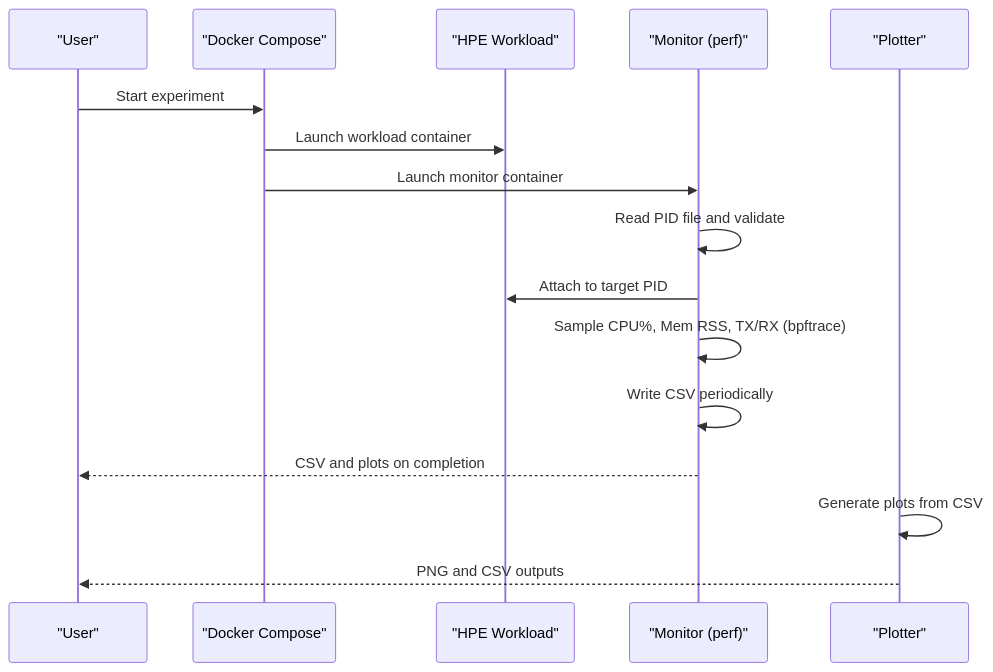
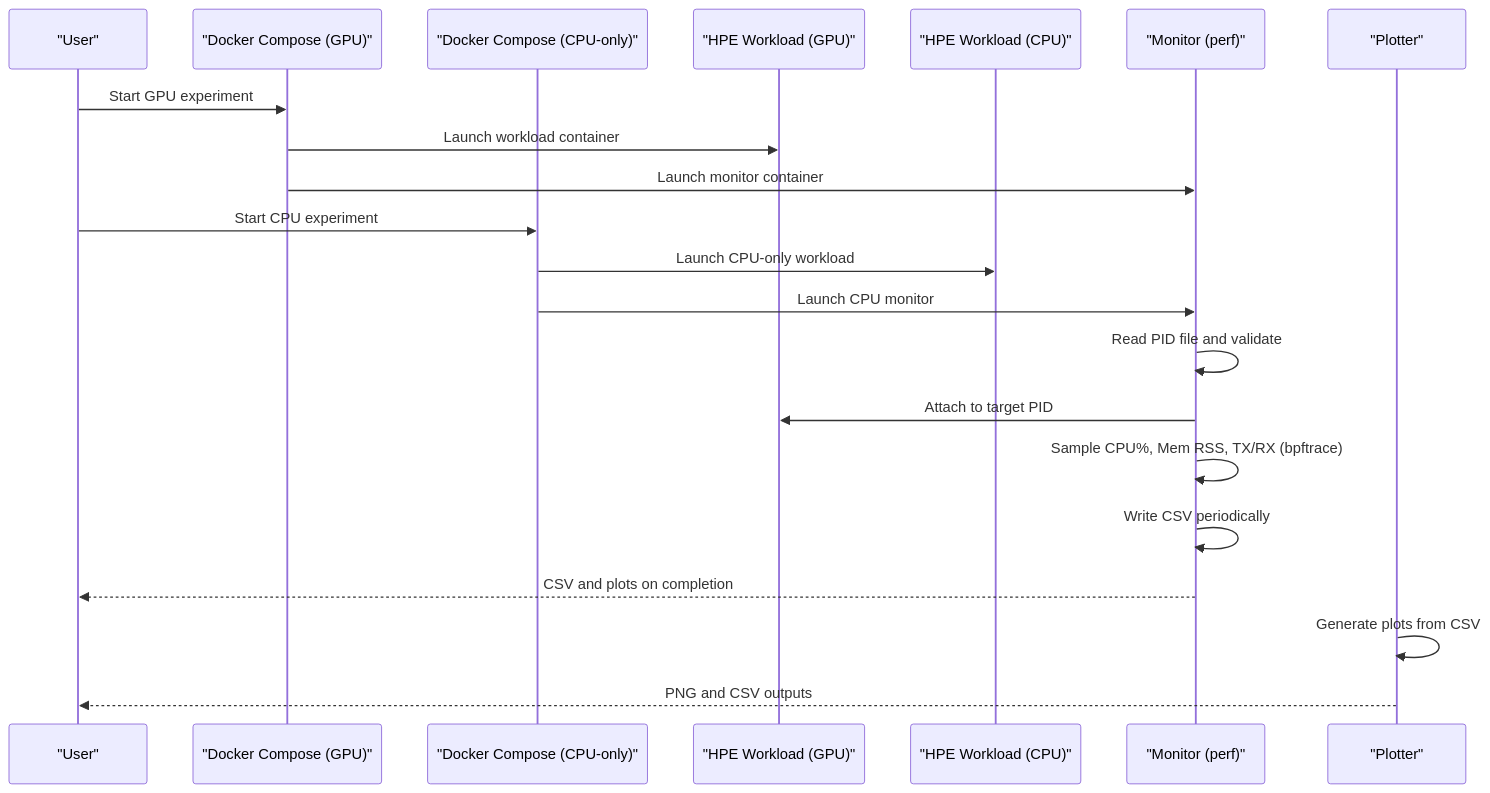
The second of 8 diagrams in .qoder/repowiki/en/content/Integration Components/CPU Performance Analysis Tools.md (Fogus-Gr/MeasurementsDTs), drawn with Mermaid before and after one commit. The commit also changed other lines of this file and 5 other files, not shown here.

````diff
--- a/.qoder/repowiki/en/content/Integration Components/CPU Performance Analysis Tools.md
+++ b/.qoder/repowiki/en/content/Integration Components/CPU Performance Analysis Tools.md
@@ -132,18 +173,23 @@
 ```mermaid
 sequenceDiagram
 participant User as "User"
-participant DC as "Docker Compose"
-participant HPE as "HPE Workload"
+participant DC_GPU as "Docker Compose (GPU)"
+participant DC_CPU as "Docker Compose (CPU-only)"
+participant HPE_GPU as "HPE Workload (GPU)"
+participant HPE_CPU as "HPE Workload (CPU)"
 participant Mon as "Monitor (perf)"
 participant Plot as "Plotter"
-User->>DC : Start experiment
-DC->>HPE : Launch workload container
-DC->>Mon : Launch monitor container
+User->>DC_GPU : Start GPU experiment
+DC_GPU->>HPE_GPU : Launch workload container
+DC_GPU->>Mon : Launch monitor container
+User->>DC_CPU : Start CPU experiment
+DC_CPU->>HPE_CPU : Launch CPU-only workload
+DC_CPU->>Mon : Launch CPU monitor
 Mon->>Mon : Read PID file and validate
-Mon->>HPE : Attach to target PID
+Mon->>HPE_GPU : Attach to target PID
 Mon->>Mon : Sample CPU%, Mem RSS, TX/RX (bpftrace)
 Mon->>Mon : Write CSV periodically
 Mon-->>User : CSV and plots on completion
 Plot->>Plot : Generate plots from CSV
 Plot-->>User : PNG and CSV outputs
 ```
````
